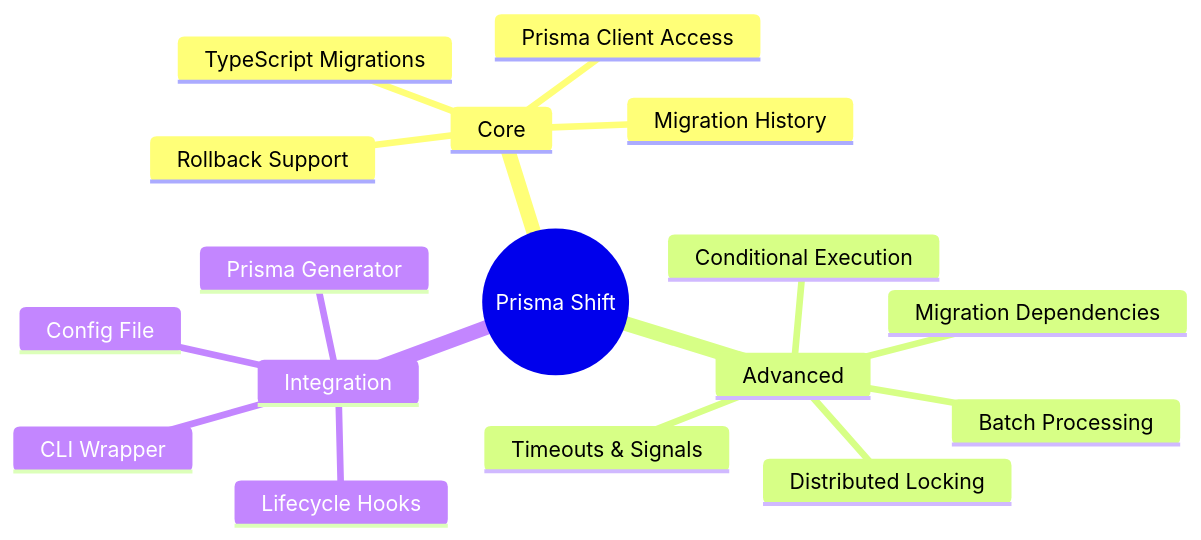
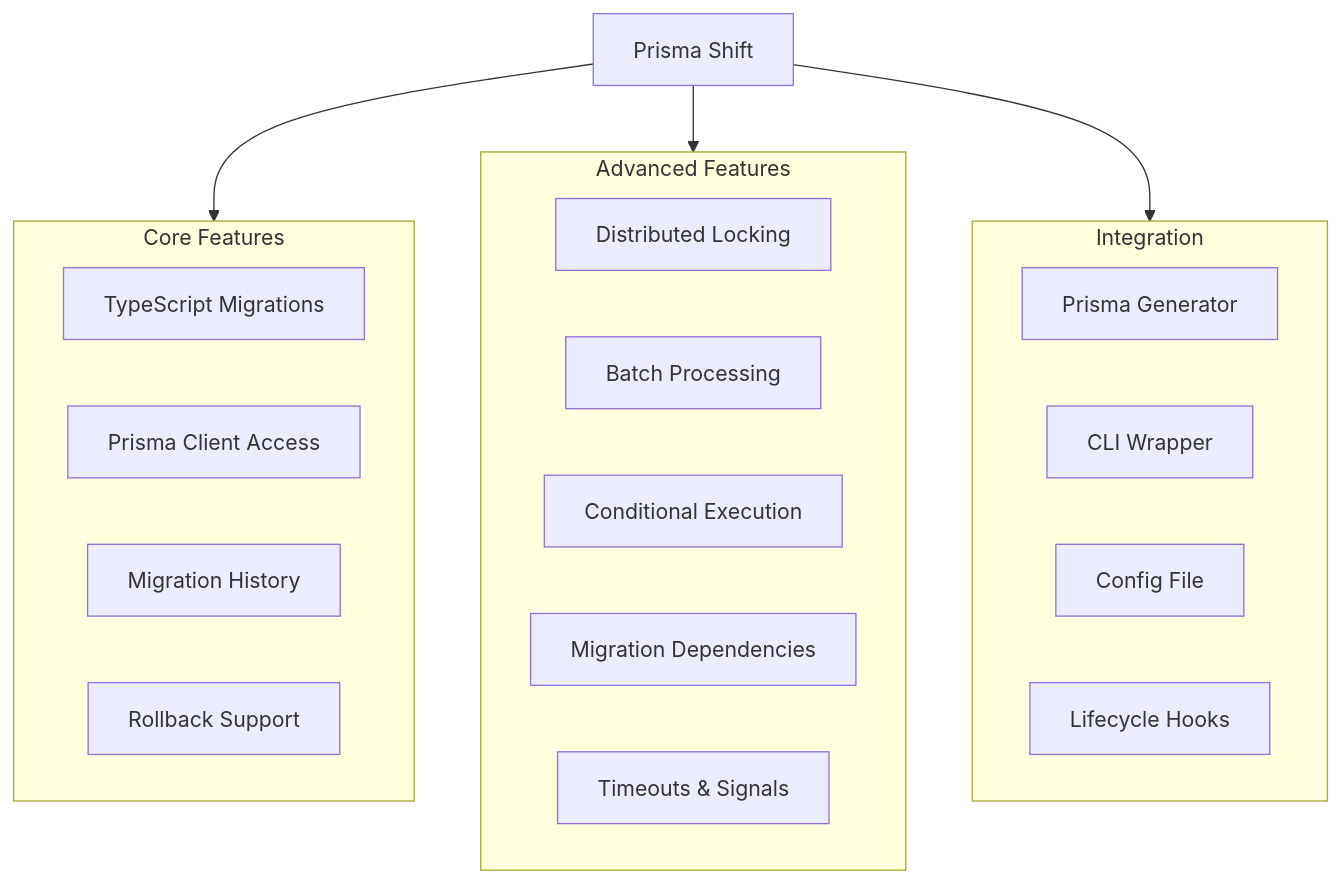
Before and after one commit to eftech93/prisma-shift: the first of 3 diagrams in docs/README.md, drawn with Mermaid. The commit also changed other lines of this file and 5 other files, not shown here.

````diff
--- a/docs/README.md
+++ b/docs/README.md
@@ -26,20 +32,28 @@
 ```mermaid
-mindmap
-  root((Prisma Shift))
-    Core
-      TypeScript Migrations
-      Prisma Client Access
-      Migration History
-      Rollback Support
-    Advanced
-      Distributed Locking
-      Batch Processing
-      Conditional Execution
-      Migration Dependencies
-      Timeouts & Signals
-    Integration
-      Prisma Generator
-      CLI Wrapper
-      Config File
-      Lifecycle Hooks
+flowchart TB
+    subgraph Core["Core Features"]
+        C1[TypeScript Migrations]
+        C2[Prisma Client Access]
+        C3[Migration History]
+        C4[Rollback Support]
+    end
+    
+    subgraph Advanced["Advanced Features"]
+        A1[Distributed Locking]
+        A2[Batch Processing]
+        A3[Conditional Execution]
+        A4[Migration Dependencies]
+        A5[Timeouts & Signals]
+    end
+    
+    subgraph Integration["Integration"]
+        I1[Prisma Generator]
+        I2[CLI Wrapper]
+        I3[Config File]
+        I4[Lifecycle Hooks]
+    end
+    
+    PS[Prisma Shift] --> Core
+    PS --> Advanced
+    PS --> Integration
 ```
````
